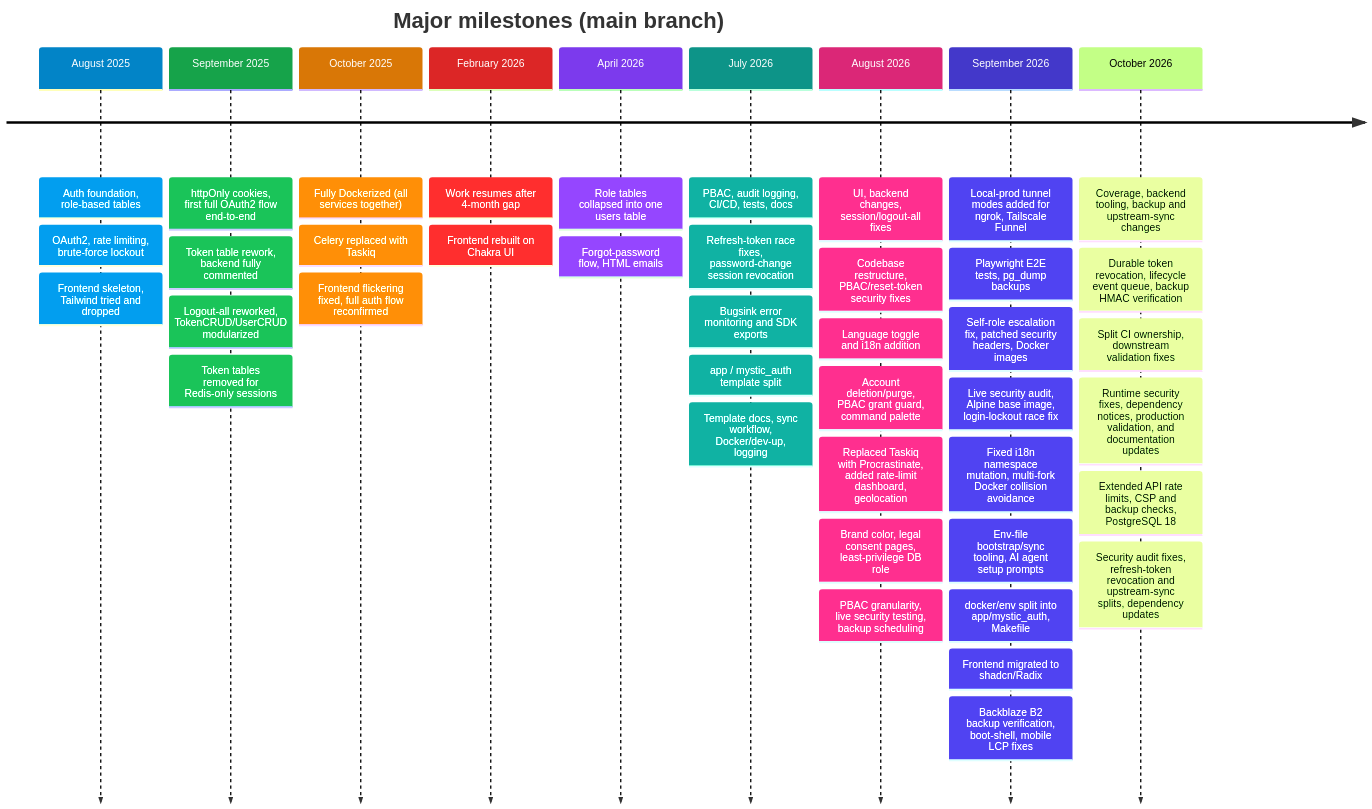
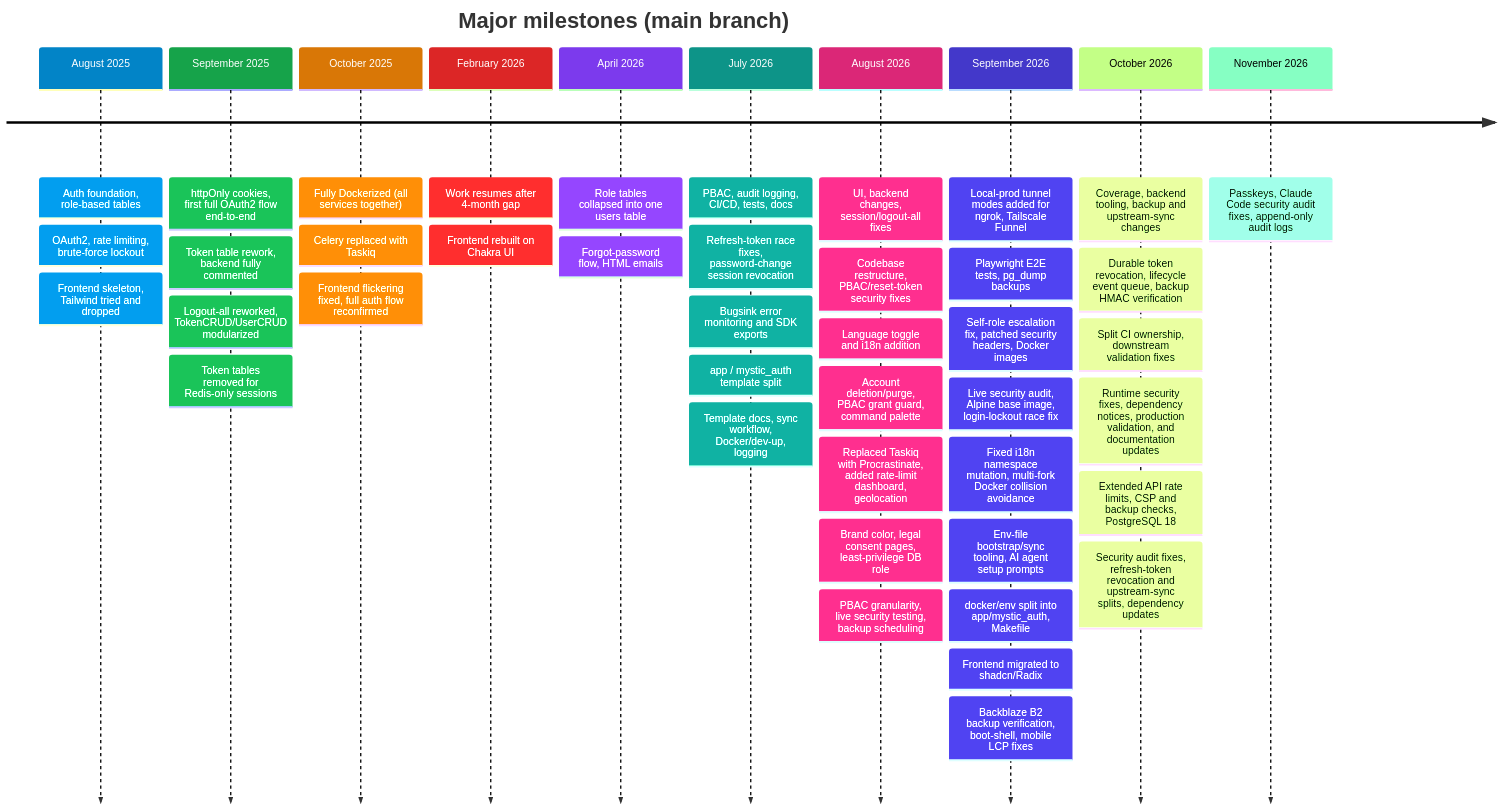
Before and after one commit to Nachiket-2024/mystic-auth: the diagram in docs/mystic_auth/project-story/timeline/README.md, drawn with Mermaid. The commit also changed other lines of this file and 820 other files, not shown here.

Commit message:
Added passkeys and fixed Claude Code security audit findings

````diff
--- a/docs/mystic_auth/project-story/timeline/README.md
+++ b/docs/mystic_auth/project-story/timeline/README.md
@@ -39,46 +39,47 @@
 ```mermaid
 %%{init: {"themeVariables":{"fontSize":"16px","lineColor":"#334155","cScale0":"#0284c7","cScale1":"#16a34a","cScale2":"#d97706","cScale3":"#dc2626","cScale4":"#7c3aed","cScale5":"#0d9488","cScale6":"#db2777","cScale7":"#4338ca","cScaleLabel0":"#ffffff","cScaleLabel1":"#ffffff","cScaleLabel2":"#ffffff","cScaleLabel3":"#ffffff","cScaleLabel4":"#ffffff","cScaleLabel5":"#ffffff","cScaleLabel6":"#ffffff","cScaleLabel7":"#ffffff"}} }%%
 timeline
     title Major milestones (main branch)
     August 2025: Auth foundation, role-based tables
                 : OAuth2, rate limiting, brute-force lockout
                 : Frontend skeleton, Tailwind tried and dropped
     September 2025: httpOnly cookies, first full OAuth2 flow end-to-end
                    : Token table rework, backend fully commented
                    : Logout-all reworked, TokenCRUD/UserCRUD modularized
                    : Token tables removed for Redis-only sessions
     October 2025: Fully Dockerized (all services together)
                  : Celery replaced with Taskiq
                  : Frontend flickering fixed, full auth flow reconfirmed
     February 2026: Work resumes after 4-month gap
                   : Frontend rebuilt on Chakra UI
     April 2026: Role tables collapsed into one users table
                : Forgot-password flow, HTML emails
     July 2026: PBAC, audit logging, CI/CD, tests, docs
               : Refresh-token race fixes, password-change session revocation
               : Bugsink error monitoring and SDK exports
               : app / mystic_auth template split
               : Template docs, sync workflow, Docker/dev-up, logging
     August 2026: UI, backend changes, session/logout-all fixes
                 : Codebase restructure, PBAC/reset-token security fixes
                 : Language toggle and i18n addition
                 : Account deletion/purge, PBAC grant guard, command palette
                 : Replaced Taskiq with Procrastinate, added rate-limit dashboard, geolocation
                 : Brand color, legal consent pages, least-privilege DB role
                 : PBAC granularity, live security testing, backup scheduling
     September 2026: Local-prod tunnel modes added for ngrok, Tailscale Funnel
                    : Playwright E2E tests, pg_dump backups
                    : Self-role escalation fix, patched security headers, Docker images
                    : Live security audit, Alpine base image, login-lockout race fix
                    : Fixed i18n namespace mutation, multi-fork Docker collision avoidance
                    : Env-file bootstrap/sync tooling, AI agent setup prompts
                    : docker/env split into app/mystic_auth, Makefile
                    : Frontend migrated to shadcn/Radix
                    : Backblaze B2 backup verification, boot-shell, mobile LCP fixes
     October 2026: Coverage, backend tooling, backup and upstream-sync changes
                   : Durable token revocation, lifecycle event queue, backup HMAC verification
                   : Split CI ownership, downstream validation fixes
                   : Runtime security fixes, dependency notices, production validation, and documentation updates
                   : Extended API rate limits, CSP and backup checks, PostgreSQL 18
                   : Security audit fixes, refresh-token revocation and upstream-sync splits, dependency updates
+    November 2026: Passkeys, Claude Code security audit fixes, append-only audit logs
 ```
````
